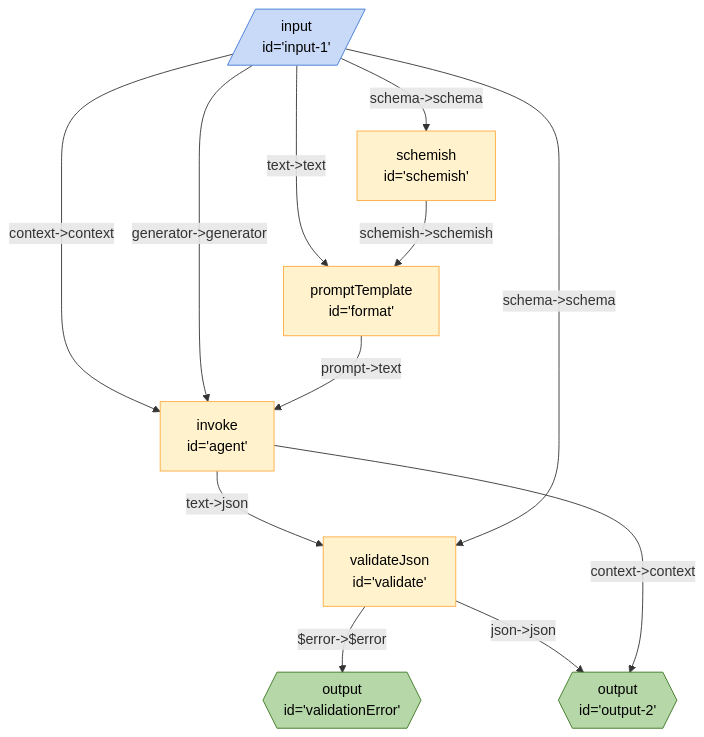
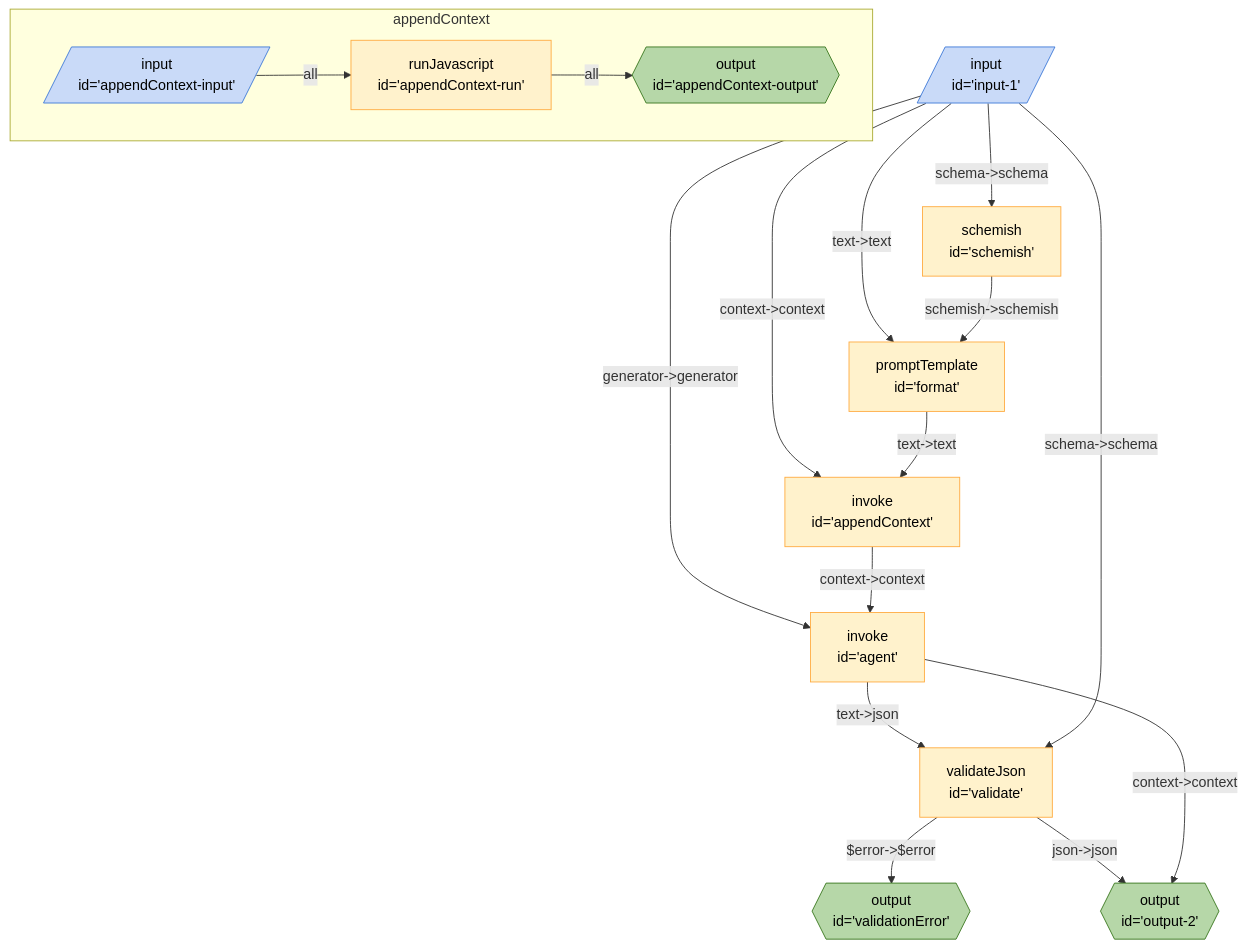
The diagram in packages/breadboard-web/docs/graphs/json-agent.md (breadboard-ai/breadboard), drawn with Mermaid before and after one commit. The commit also changed 3 other files, not shown here.

````diff
--- a/packages/breadboard-web/docs/graphs/json-agent.md
+++ b/packages/breadboard-web/docs/graphs/json-agent.md
@@ -3,23 +3,30 @@
 ```mermaid
 %%{init: 'themeVariables': { 'fontFamily': 'Fira Code, monospace' }}%%
 graph TD;
 validate["validateJson <br> id='validate'"] -- "$error->$error" --> validationError{{"output <br> id='validationError'"}}:::output
 validate["validateJson <br> id='validate'"] -- "json->json" --> output2{{"output <br> id='output-2'"}}:::output
 agent["invoke <br> id='agent'"] -- "text->json" --> validate["validateJson <br> id='validate'"]
 agent["invoke <br> id='agent'"] -- "context->context" --> output2{{"output <br> id='output-2'"}}:::output
 input1[/"input <br> id='input-1'"/]:::input -- "schema->schema" --> schemish["schemish <br> id='schemish'"]
 input1[/"input <br> id='input-1'"/]:::input -- "text->text" --> format["promptTemplate <br> id='format'"]
-input1[/"input <br> id='input-1'"/]:::input -- "context->context" --> agent["invoke <br> id='agent'"]
+input1[/"input <br> id='input-1'"/]:::input -- "context->context" --> appendContext["invoke <br> id='appendContext'"]
 input1[/"input <br> id='input-1'"/]:::input -- "generator->generator" --> agent["invoke <br> id='agent'"]
 input1[/"input <br> id='input-1'"/]:::input -- "schema->schema" --> validate["validateJson <br> id='validate'"]
-format["promptTemplate <br> id='format'"] -- "prompt->text" --> agent["invoke <br> id='agent'"]
+appendContext["invoke <br> id='appendContext'"] -- "context->context" --> agent["invoke <br> id='agent'"]
 schemish["schemish <br> id='schemish'"] -- "schemish->schemish" --> format["promptTemplate <br> id='format'"]
+format["promptTemplate <br> id='format'"] -- "text->text" --> appendContext["invoke <br> id='appendContext'"]
+
+subgraph sg_appendContext [appendContext]
+appendContext_appendContextinput[/"input <br> id='appendContext-input'"/]:::input -- all --> appendContext_appendContextrun["runJavascript <br> id='appendContext-run'"]
+appendContext_appendContextrun["runJavascript <br> id='appendContext-run'"] -- all --> appendContext_appendContextoutput{{"output <br> id='appendContext-output'"}}:::output
+end
+
 classDef default stroke:#ffab40,fill:#fff2ccff,color:#000
 classDef input stroke:#3c78d8,fill:#c9daf8ff,color:#000
 classDef output stroke:#38761d,fill:#b6d7a8ff,color:#000
 classDef passthrough stroke:#a64d79,fill:#ead1dcff,color:#000
 classDef slot stroke:#a64d79,fill:#ead1dcff,color:#000
 classDef config stroke:#a64d79,fill:#ead1dcff,color:#000
 classDef secrets stroke:#db4437,fill:#f4cccc,color:#000
 classDef slotted stroke:#a64d79
 ```
````
